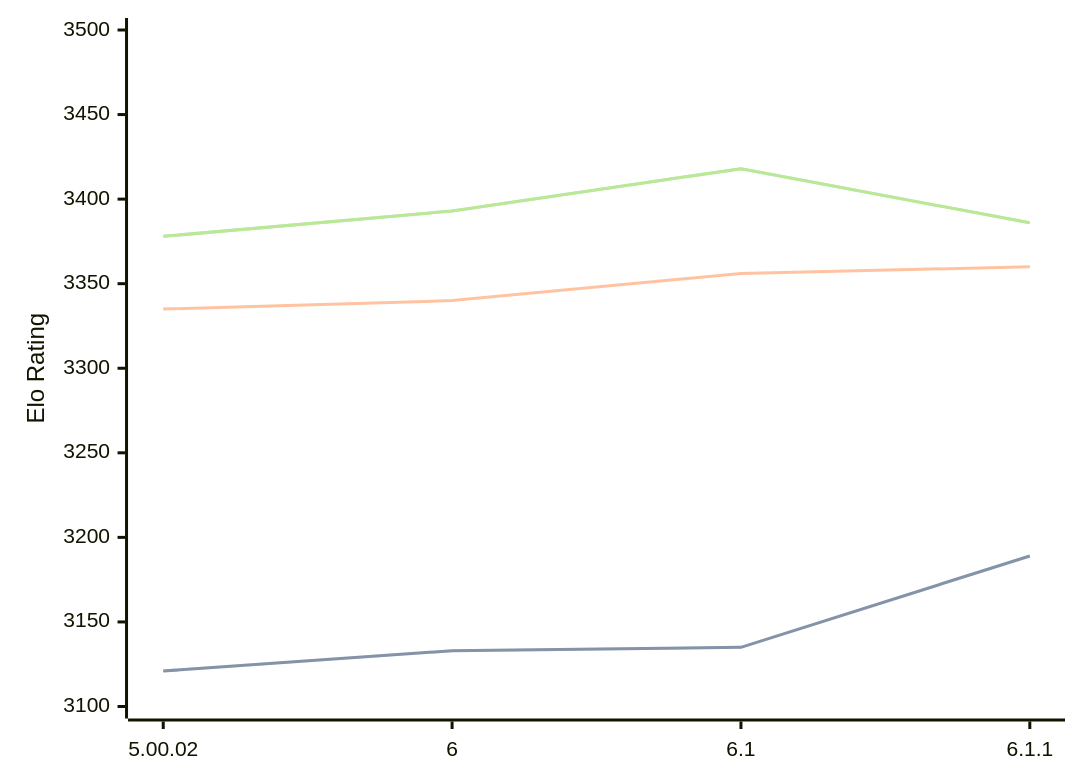
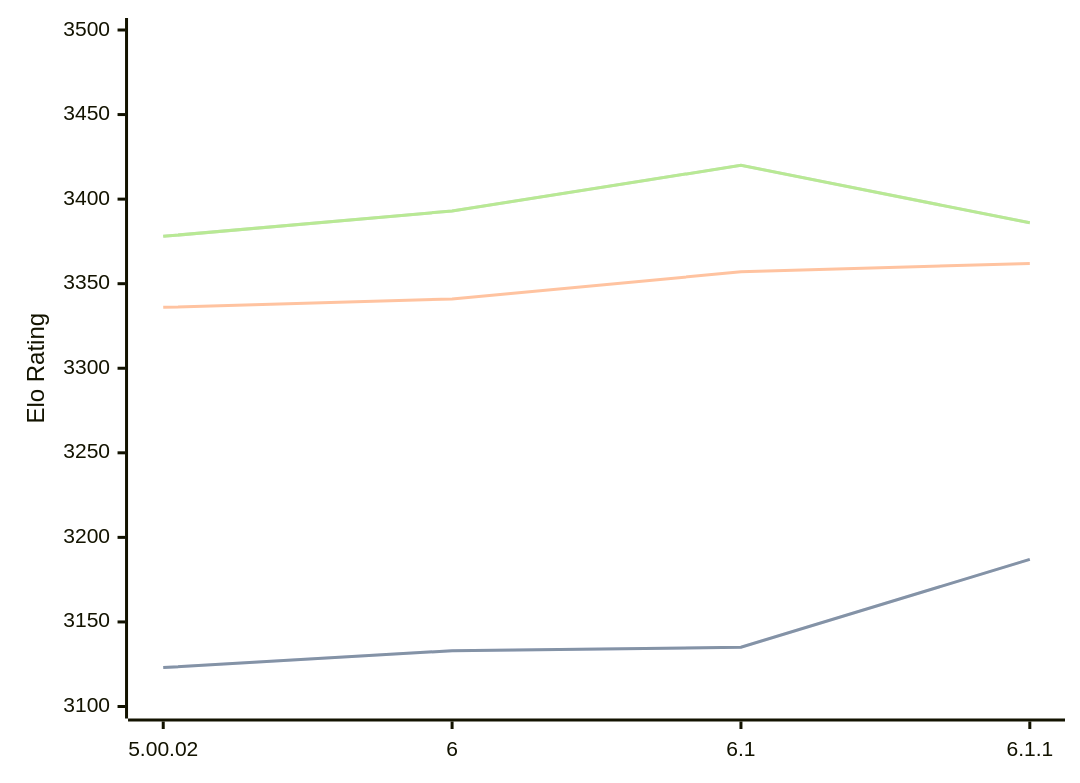
The third of 3 diagrams in engines/Zangdar.md (computer-chess-index/cci), drawn with Mermaid before and after one commit. The commit also changed other lines of this file, not shown here.

Commit message:
Update CCI Ratings (ELO VLTC) - 2026-06-24

````diff
--- a/engines/Zangdar.md
+++ b/engines/Zangdar.md
@@ -79,11 +79,11 @@
 ```mermaid
 %%{init: {"theme":"base","themeVariables":{"seriesColors:['#a3a3a3','#222221','#faa371']}}}%%
 xychart-beta
   x-axis ["5.00.02", "6", "6.1", "6.1.1"]
   y-axis "Elo Rating" 3100 --> 3500
-  line "STC (8.0+0.08s)" [3121, 3133, 3135, 3189]
-  line "STC (8.0+0.08s)" [3121, 3133, 3135, 3189]
-  line "LTC (60.0+0.60s)" [3335, 3340, 3356, 3360]
-  line "VLTC (2m24s+1.12s)" [3378, 3393, 3418, 3386]
-  line "VLTC (2m24s+1.12s)" [3378, 3393, 3418, 3386]
+  line "STC (8.0+0.08s)" [3123, 3133, 3135, 3187]
+  line "STC (8.0+0.08s)" [3123, 3133, 3135, 3187]
+  line "LTC (60.0+0.60s)" [3336, 3341, 3357, 3362]
+  line "VLTC (2m24s+1.12s)" [3378, 3393, 3420, 3386]
+  line "VLTC (2m24s+1.12s)" [3378, 3393, 3420, 3386]
 ```
````
